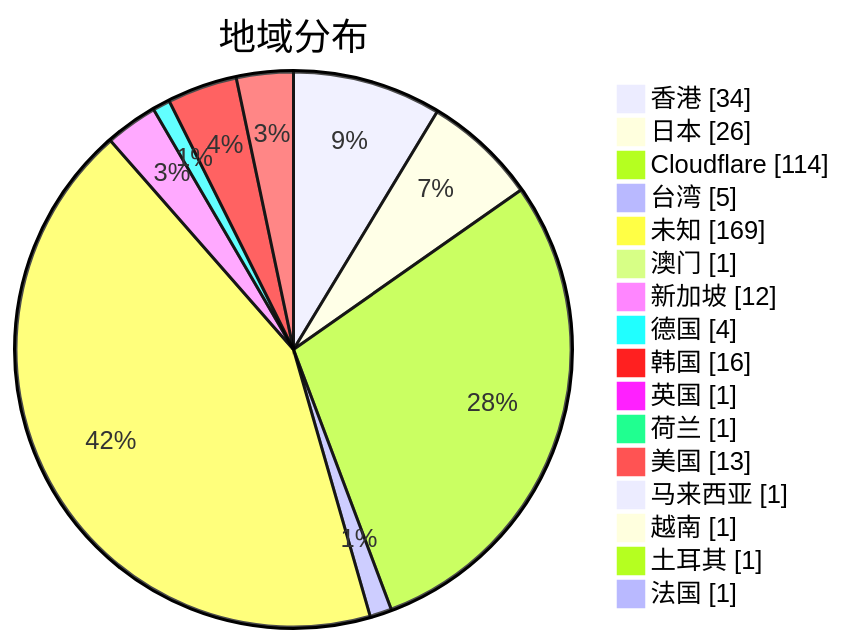
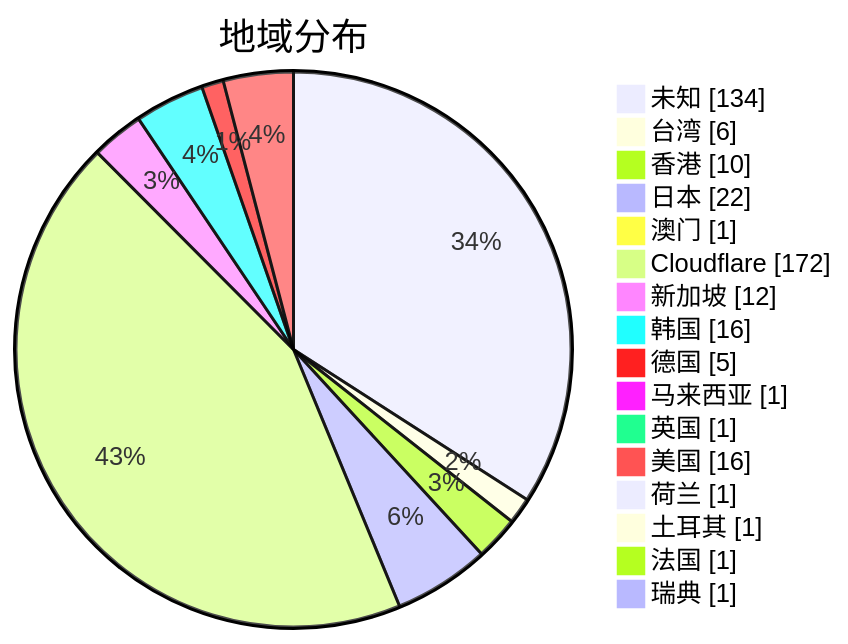
The second of 3 diagrams in subs/statistics/tested_within.md (qjlxg/airport), drawn with Mermaid before and after one commit. The commit also changed other lines of this file and 2 other files, not shown here.

````diff
--- a/subs/statistics/tested_within.md
+++ b/subs/statistics/tested_within.md
@@ -13,20 +13,20 @@
 ```mermaid
 pie showData
 title 地域分布
-"香港" : 34
-"日本" : 26
-"Cloudflare" : 114
-"台湾" : 5
-"未知" : 169
+"未知" : 134
+"台湾" : 6
+"香港" : 10
+"日本" : 22
 "澳门" : 1
+"Cloudflare" : 172
 "新加坡" : 12
-"德国" : 4
 "韩国" : 16
+"德国" : 5
+"马来西亚" : 1
 "英国" : 1
+"美国" : 16
 "荷兰" : 1
-"美国" : 13
-"马来西亚" : 1
-"越南" : 1
 "土耳其" : 1
 "法国" : 1
+"瑞典" : 1
 ```
````
